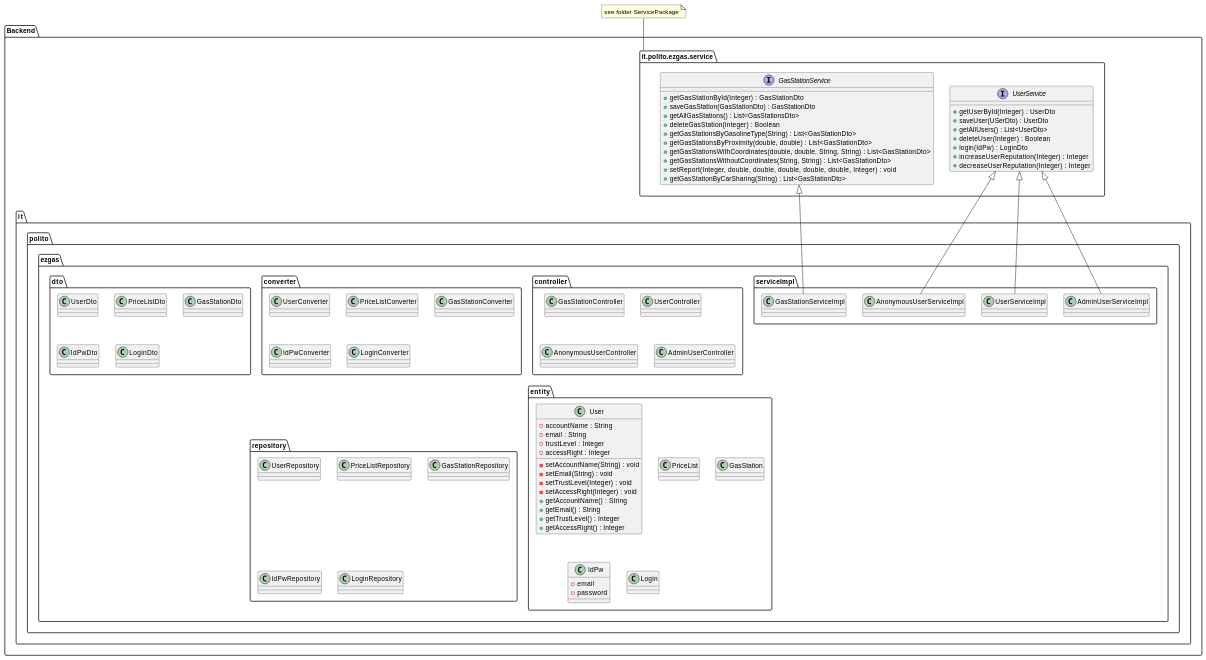
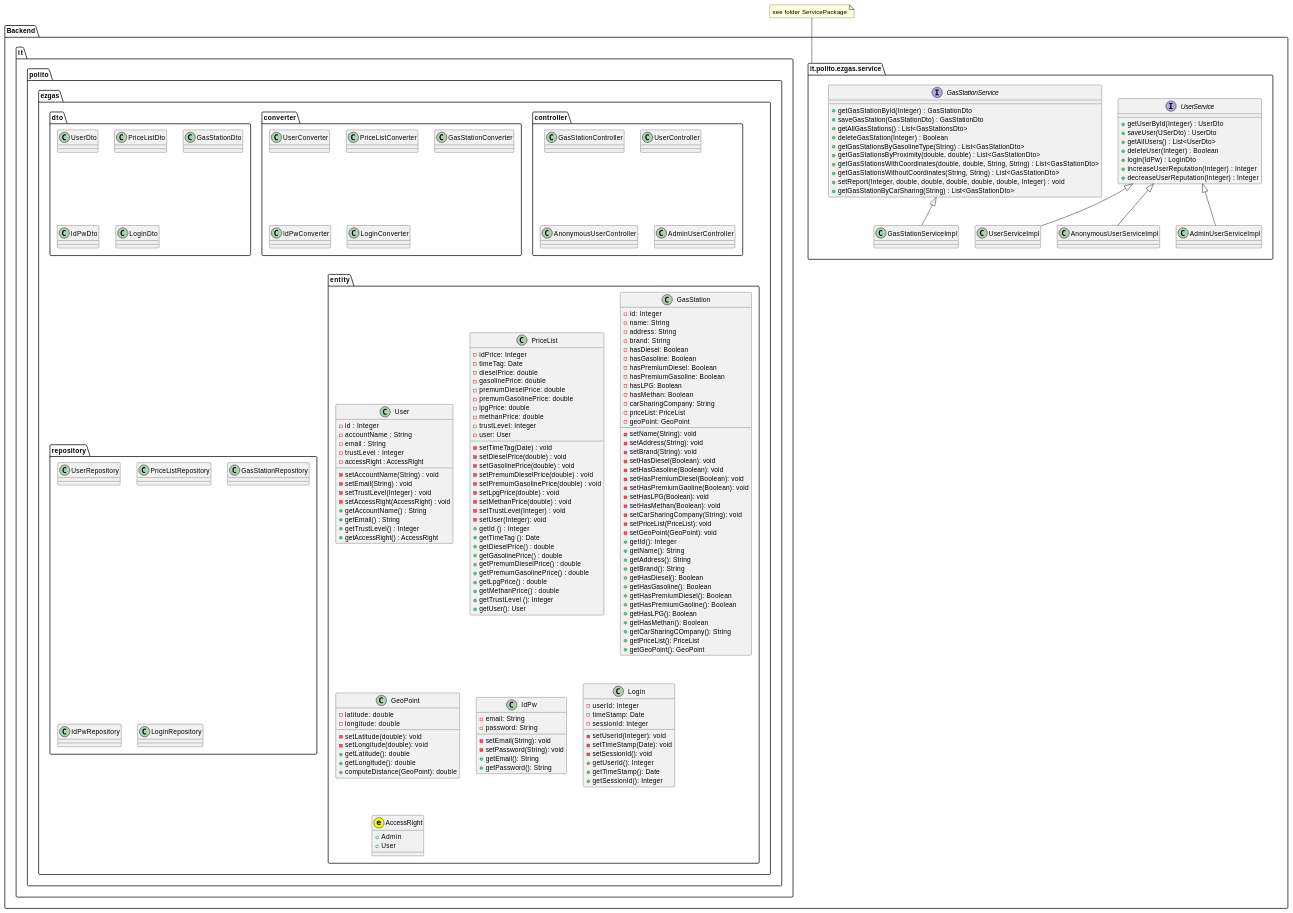
One commit to polito-se2-2020-team6/ezgas changed the fourth of 4 diagrams in docs/DesignDocument.md. Above: the diagram before and after it, drawn with PlantUML. The commit also changed other lines of this file, not shown here.

Commit message:
docs: complete low level design

```diff
--- a/docs/DesignDocument.md
+++ b/docs/DesignDocument.md
@@ -257,10 +245,8 @@
 		+ increaseUserReputation(Integer) : Integer
 		+ decreaseUserReputation(Integer) : Integer
    }
-}
 
-package "it.polito.ezgas.serviceImpl" {
-	class "GasStationServiceImpl" as gssi
+   	class "GasStationServiceImpl" as gssi
 	class "UserServiceImpl" as usi
 	class "AnonymousUserServiceImpl" as ausi
 	class "AdminUserServiceImpl" as asi
@@ -270,7 +256,6 @@
 	ausi -up-|> us
 	asi -up-|> us
 }
-
 
 package "it.polito.ezgas.controller" {
 	class "GasStationController"
@@ -297,27 +282,124 @@
 
 package "it.polito.ezgas.entity" {
 	class "User" as u {
+		- id : Integer
 		- accountName : String
  		- email : String
  		- trustLevel : Integer
-		- accessRight : Integer
-
+		- accessRight : AccessRight
 		- setAccountName(String) : void
 		- setEmail(String) : void
 		- setTrustLevel(Integer) : void
-		- setAccessRight(Integer) : void
+		- setAccessRight(AccessRight) : void
 		+ getAccountName() : String
 		+ getEmail() : String
 		+ getTrustLevel() : Integer
-		+ getAccessRight() : Integer
+		+ getAccessRight() : AccessRight
 	}
-	class "PriceList"
-	class "GasStation"
+	class "PriceList" as pl {
+		- idPrice: Integer
+		- timeTag: Date
+		- dieselPrice: double
+		- gasolinePrice: double
+		- premumDieselPrice: double
+		- premumGasolinePrice: double
+		- lpgPrice: double
+		- methanPrice: double 
+		- trustLevel: Integer
+		- user: User
+		- setTimeTag(Date) : void
+		- setDieselPrice(double) : void
+		- setGasolinePrice(double) : void
+		- setPremumDieselPrice(double) : void
+		- setPremumGasolinePrice(double) : void
+		- setLpgPrice(double) : void
+		- setMethanPrice(double) : void
+		- setTrustLevel(Integer) : void
+		- setUser(Integer): void
+		+ getId () : Integer
+		+ getTimeTag (): Date 
+		+ getDieselPrice() : double
+		+ getGasolinePrice() : double
+		+ getPremumDieselPrice() : double
+		+ getPremumGasolinePrice() : double
+		+ getLpgPrice() : double
+		+ getMethanPrice() : double
+		+ getTrustLevel (): Integer
+		+ getUser(): User
+	}
+	class "GasStation" as gs {
+		- id: Integer
+		- name: String
+		- address: String
+		- brand: String
+		- hasDiesel: Boolean
+		- hasGasoline: Boolean
+		- hasPremiumDiesel: Boolean
+		- hasPremiumGasoline: Boolean
+		- hasLPG: Boolean
+		- hasMethan: Boolean
+		- carSharingCompany: String
+		- priceList: PriceList
+		- geoPoint: GeoPoint
+		- setName(String): void
+		- setAddress(String): void
+		- setBrand(String): void
+		- setHasDiesel(Boolean): void
+		- setHasGasoline(Boolean): void
+		- setHasPremiumDiesel(Boolean): void
+		- setHasPremiumGaoline(Boolean): void
+		- setHasLPG(Boolean): void
+		- setHasMethan(Boolean): void
+		- setCarSharingCompany(String): void
+		- setPriceList(PriceList): void
+		- setGeoPoint(GeoPoint): void
+		+ getId(): Integer
+		+ getName(): String
+		+ getAddress(): String
+		+ getBrand(): String
+		+ getHasDiesel(): Boolean
+		+ getHasGasoline(): Boolean
+		+ getHasPremiumDiesel(): Boolean
+		+ getHasPremiumGaoline(): Boolean
+		+ getHasLPG(): Boolean
+		+ getHasMethan(): Boolean
+		+ getCarSharingCOmpany(): String
+		+ getPriceList(): PriceList
+		+ getGeoPoint(): GeoPoint
+		
+	}
+	class "GeoPoint" as gp{
+		- latitude: double
+		- longitude: double
+		- setLatitude(double): void
+		- setLongitude(double): void
+		+ getLatitude(): double
+		+ getLongitude(): double
+		+ computeDistance(GeoPoint): double
+	}
 	class "IdPw" as ip {
-		- email
-		- password
+		- email: String
+		- password: String
+		- setEmail(String): void
+		- setPassword(String): void
+		+ getEmail(): String
+		+ getPassword(): String
 	}
-	class "Login"
+	class "Login" as l {
+		- userId: Integer
+		- timeStamp: Date
+		- sessionId: Integer
+		- setUserId(Integer): void
+		- setTimeStamp(Date): void
+		- setSessionId(): void
+		+ getUserId(): Integer
+		+ getTimeStamp(): Date
+		+ getSessionId(): Integer
+	}
+	class "AccessRight" << (e,yellow) >>{
+		+ Admin
+		+ User
+	}
 }
 
 package "it.polito.ezgas.repository" {
```
